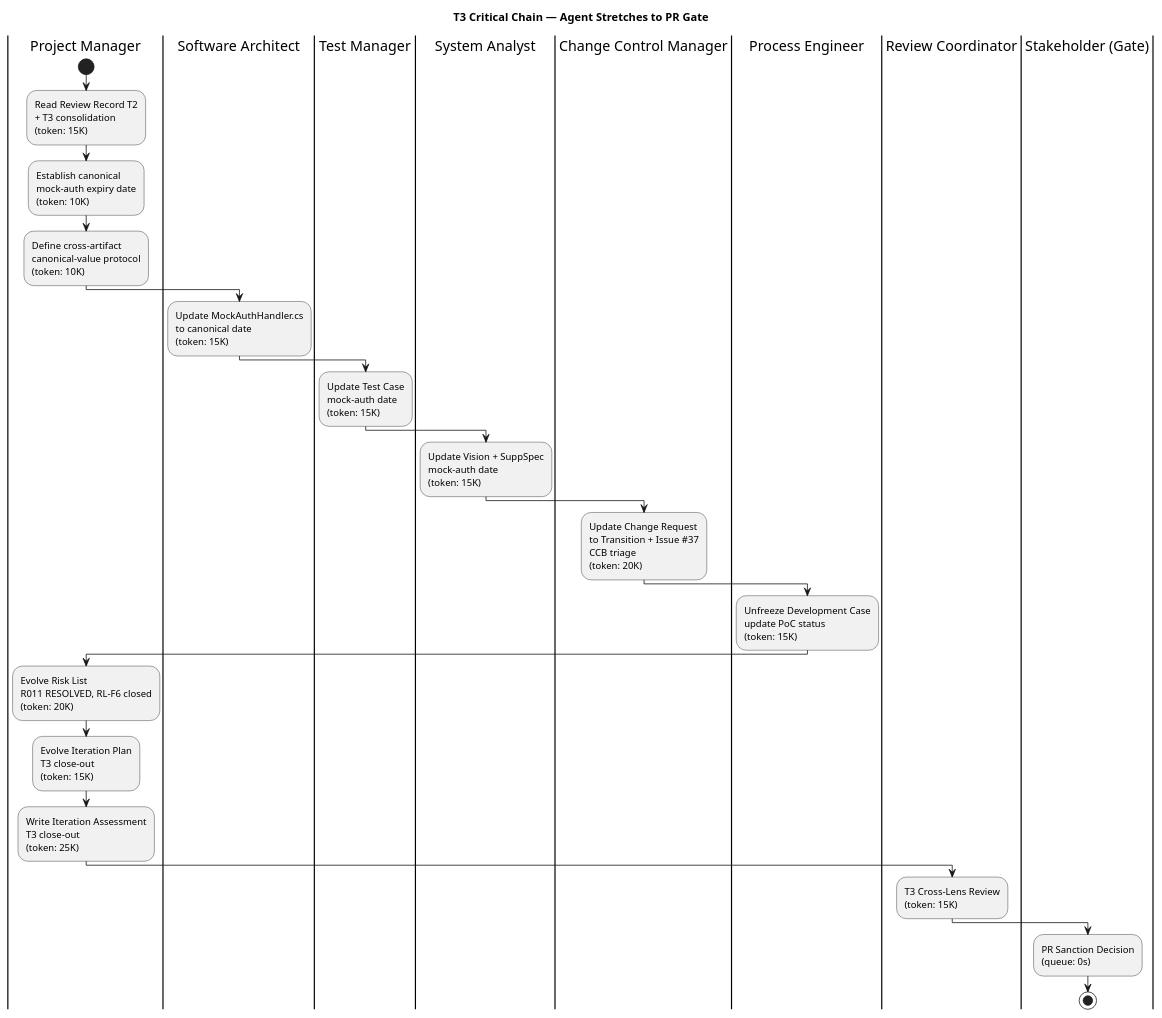
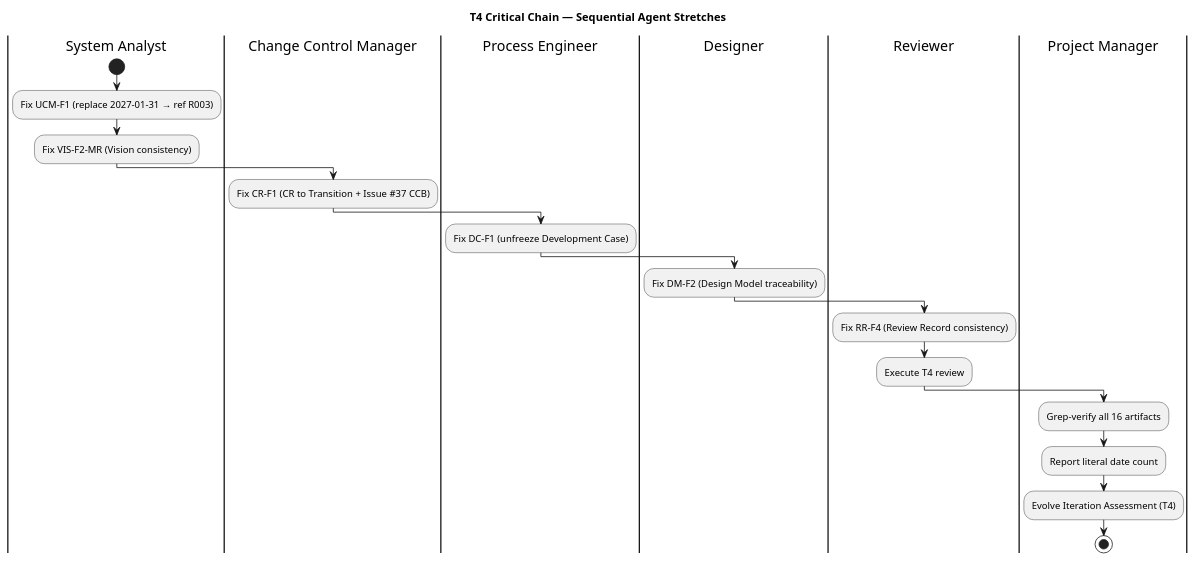
Before and after one commit to banense-test/portal-cuba-corp: the second of 2 diagrams in docs/artifacts/project-management/iteration-plan.md, drawn with PlantUML. The commit also changed other lines of this file, not shown here.

First line of the commit message:
Project Manager [T3]: upsert Iteration Plan

````diff
--- a/docs/artifacts/project-management/iteration-plan.md
+++ b/docs/artifacts/project-management/iteration-plan.md
@@ -74,39 +60,23 @@
 ```plantuml
 @startuml
-title T3 Critical Chain — Agent Stretches to PR Gate
-
+title T4 Critical Chain — Sequential Agent Stretches
+|System Analyst|
+start
+:Fix UCM-F1 (replace 2027-01-31 → ref R003);
+:Fix VIS-F2-MR (Vision consistency);
+|Change Control Manager|
+:Fix CR-F1 (CR to Transition + Issue #37 CCB);
+|Process Engineer|
+:Fix DC-F1 (unfreeze Development Case);
+|Designer|
+:Fix DM-F2 (Design Model traceability);
+|Reviewer|
+:Fix RR-F4 (Review Record consistency);
+:Execute T4 review;
 |Project Manager|
-start
-:Read Review Record T2\n+ T3 consolidation\n(token: 15K);
-:Establish canonical\nmock-auth expiry date\n(token: 10K);
-:Define cross-artifact\ncanonical-value protocol\n(token: 10K);
-
-|Software Architect|
-:Update MockAuthHandler.cs\nto canonical date\n(token: 15K);
-
-|Test Manager|
-:Update Test Case\nmock-auth date\n(token: 15K);
-
-|System Analyst|
-:Update Vision + SuppSpec\nmock-auth date\n(token: 15K);
-
-|Change Control Manager|
-:Update Change Request\nto Transition + Issue #37\nCCB triage\n(token: 20K);
-
-|Process Engineer|
-:Unfreeze Development Case\nupdate PoC status\n(token: 15K);
-
-|Project Manager|
-:Evolve Risk List\nR011 RESOLVED, RL-F6 closed\n(token: 20K);
-:Evolve Iteration Plan\nT3 close-out\n(token: 15K);
-:Write Iteration Assessment\nT3 close-out\n(token: 25K);
-
-|Review Coordinator|
-:T3 Cross-Lens Review\n(token: 15K);
-
-|Stakeholder (Gate)|
-:PR Sanction Decision\n(queue: 0s);
+:Grep-verify all 16 artifacts;
+:Report literal date count;
+:Evolve Iteration Assessment (T4);
 stop
-
 @enduml
 ```
````
